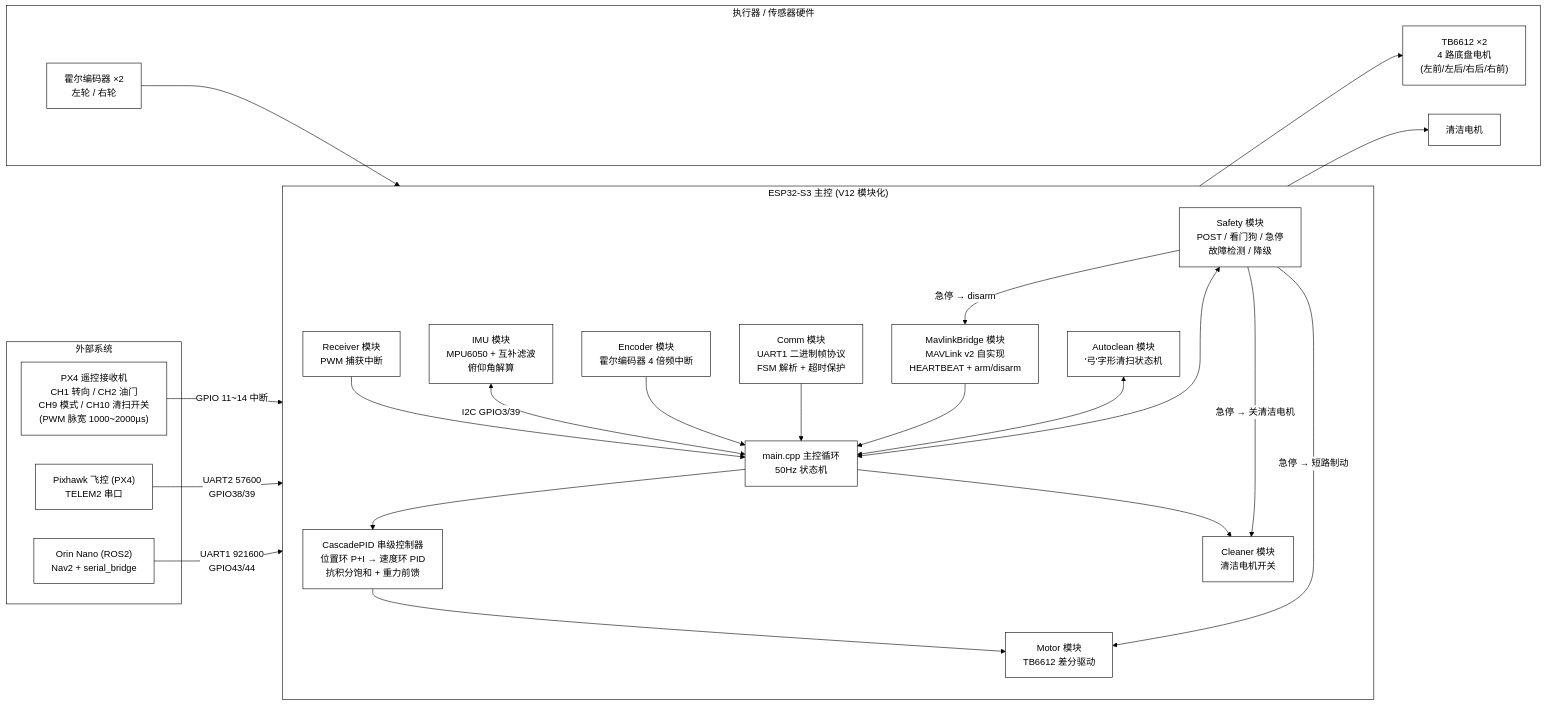
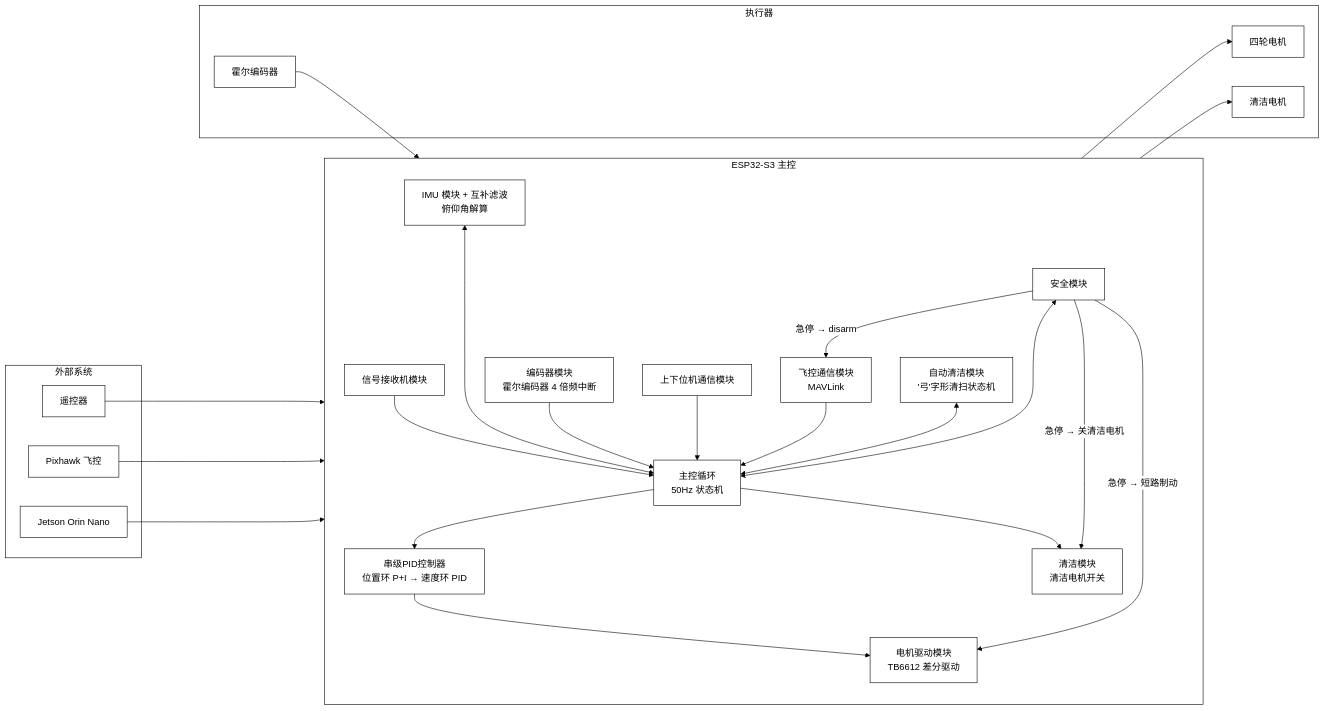
One commit to jounshenwang/GroundAerial-robot_wheelControl changed the first of 3 diagrams in docs/控制架构图.md. Above: the diagram before and after it, drawn with Mermaid. The commit also changed other lines of this file and 4 other files, not shown here.

````diff
--- a/docs/控制架构图.md
+++ b/docs/控制架构图.md
@@ -7,69 +7,69 @@
 ```mermaid
 ---
 config:
   theme: base
   themeVariables:
     background: "#ffffff"
     primaryColor: "#ffffff"
     primaryTextColor: "#000000"
     primaryBorderColor: "#000000"
     secondaryColor: "#ffffff"
     tertiaryColor: "#ffffff"
     lineColor: "#000000"
     textColor: "#000000"
     clusterBkg: "#ffffff"
     clusterBorder: "#000000"
     edgeLabelBackground: "#ffffff"
     titleColor: "#000000"
     fontFamily: "Microsoft YaHei, sans-serif"
 ---
 flowchart LR
     subgraph EXT["外部系统"]
-        RC["PX4 遥控接收机<br/>CH1 转向 / CH2 油门<br/>CH9 模式 / CH10 清扫开关<br/>(PWM 脉宽 1000~2000µs)"]
-        FC["Pixhawk 飞控 (PX4)<br/>TELEM2 串口"]
-        NANO["Orin Nano (ROS2)<br/>Nav2 + serial_bridge"]
+        RC["遥控器"]
+        FC["Pixhawk 飞控 "]
+        NANO["Jetson Orin Nano "]
     end
 
-    subgraph ESP["ESP32-S3 主控 (V12 模块化)"]
+    subgraph ESP["ESP32-S3 主控 "]
         direction TB
-        RECV["Receiver 模块<br/>PWM 捕获中断"]
-        IMU["IMU 模块<br/>MPU6050 + 互补滤波<br/>俯仰角解算"]
-        ENC["Encoder 模块<br/>霍尔编码器 4 倍频中断"]
-        MAIN["main.cpp 主控循环<br/>50Hz 状态机"]
-        PID["CascadePID 串级控制器<br/>位置环 P+I → 速度环 PID<br/>抗积分饱和 + 重力前馈"]
-        AUTO["Autoclean 模块<br/>'弓'字形清扫状态机"]
-        SAFE["Safety 模块<br/>POST / 看门狗 / 急停<br/>故障检测 / 降级"]
-        MAV["MavlinkBridge 模块<br/>MAVLink v2 自实现<br/>HEARTBEAT + arm/disarm"]
-        COMM["Comm 模块<br/>UART1 二进制帧协议<br/>FSM 解析 + 超时保护"]
-        MOTO["Motor 模块<br/>TB6612 差分驱动"]
-        CLN["Cleaner 模块<br/>清洁电机开关"]
+        RECV["信号接收机模块"]
+        IMU["IMU 模块 + 互补滤波<br/>俯仰角解算"]
+        ENC["编码器模块<br/>霍尔编码器 4 倍频中断"]
+        MAIN["主控循环<br/>50Hz 状态机"]
+        PID["串级PID控制器<br/>位置环 P+I → 速度环 PID"]
+        AUTO["自动清洁模块<br/>'弓'字形清扫状态机"]
+        SAFE["安全模块"]
+        MAV["飞控通信模块<br/>MAVLink"]
+        COMM["上下位机通信模块"]
+        MOTO["电机驱动模块<br/>TB6612 差分驱动"]
+        CLN["清洁模块<br/>清洁电机开关"]
     end
 
-    subgraph HW["执行器 / 传感器硬件"]
-        M1["TB6612 ×2<br/>4 路底盘电机<br/>(左前/左后/右后/右前)"]
+    subgraph HW["执行器"]
+        M1["四轮电机"]
         M2["清洁电机"]
-        E1["霍尔编码器 ×2<br/>左轮 / 右轮"]
+        E1["霍尔编码器"]
     end
 
-    RC -- "GPIO 11~14 中断" --> RECV
-    FC -- "UART2 57600<br/>GPIO38/39" --> MAV
-    NANO -- "UART1 921600<br/>GPIO43/44" --> COMM
+    RC ----> RECV
+    FC ----> MAV
+    NANO ----> COMM
 
     RECV --> MAIN
-    IMU <-- "I2C GPIO3/39" --> MAIN
+    IMU <----> MAIN
     ENC --> MAIN
     COMM --> MAIN
     MAV --> MAIN
     AUTO <--> MAIN
     SAFE <--> MAIN
     MAIN --> PID
     PID --> MOTO
     MAIN --> CLN
     MOTO --> M1
     CLN --> M2
     E1 --> ENC
 
     SAFE -- "急停 → disarm" --> MAV
     SAFE -- "急停 → 短路制动" --> MOTO
     SAFE -- "急停 → 关清洁电机" --> CLN
 ```
````
